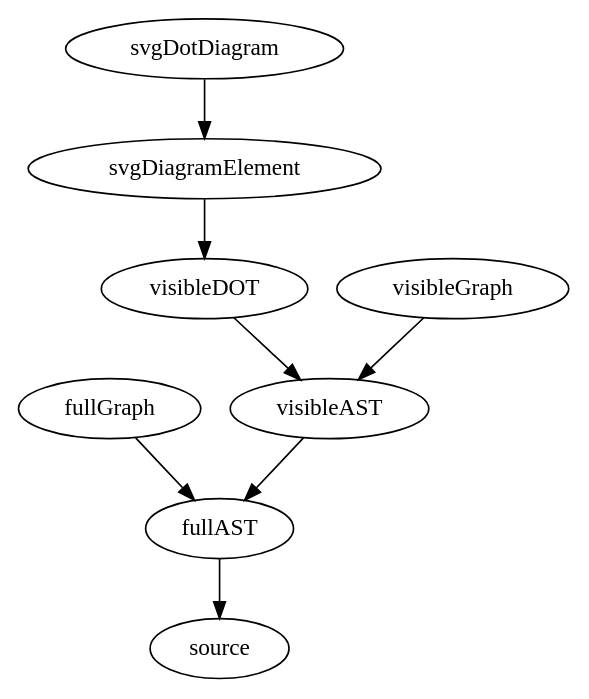
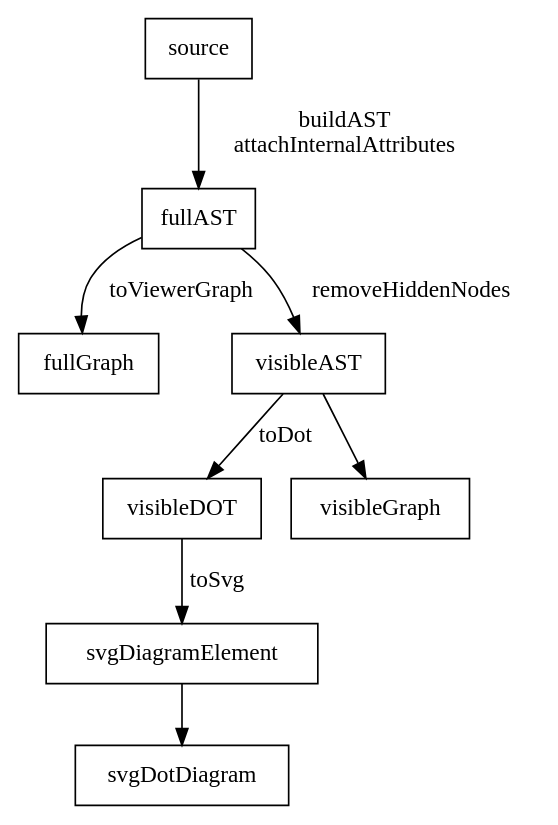
Before and after one commit to jpablo/graph-explorer: the diagram in docs/viewer-state.dot, drawn with Graphviz. The commit also changed 6 other files, not shown here.

```diff
--- a/docs/viewer-state.dot
+++ b/docs/viewer-state.dot
@@ -1,10 +1,12 @@
 digraph G {
-    fullAST -> source
-    fullGraph -> fullAST
-    visibleAST -> fullAST
-    visibleDOT -> visibleAST
-    visibleGraph -> visibleAST
+    node [shape = rectangle]
 
-    svgDiagramElement -> visibleDOT
-    svgDotDiagram -> svgDiagramElement
+    source -> fullAST [label = "buildAST\nattachInternalAttributes"]
+    fullAST -> fullGraph [label = toViewerGraph]
+    fullAST -> visibleAST [label = removeHiddenNodes]
+    visibleAST -> visibleDOT [label = toDot]
+    visibleAST -> visibleGraph
+
+    visibleDOT -> svgDiagramElement [label = toSvg]
+    svgDiagramElement -> svgDotDiagram
 }
```
